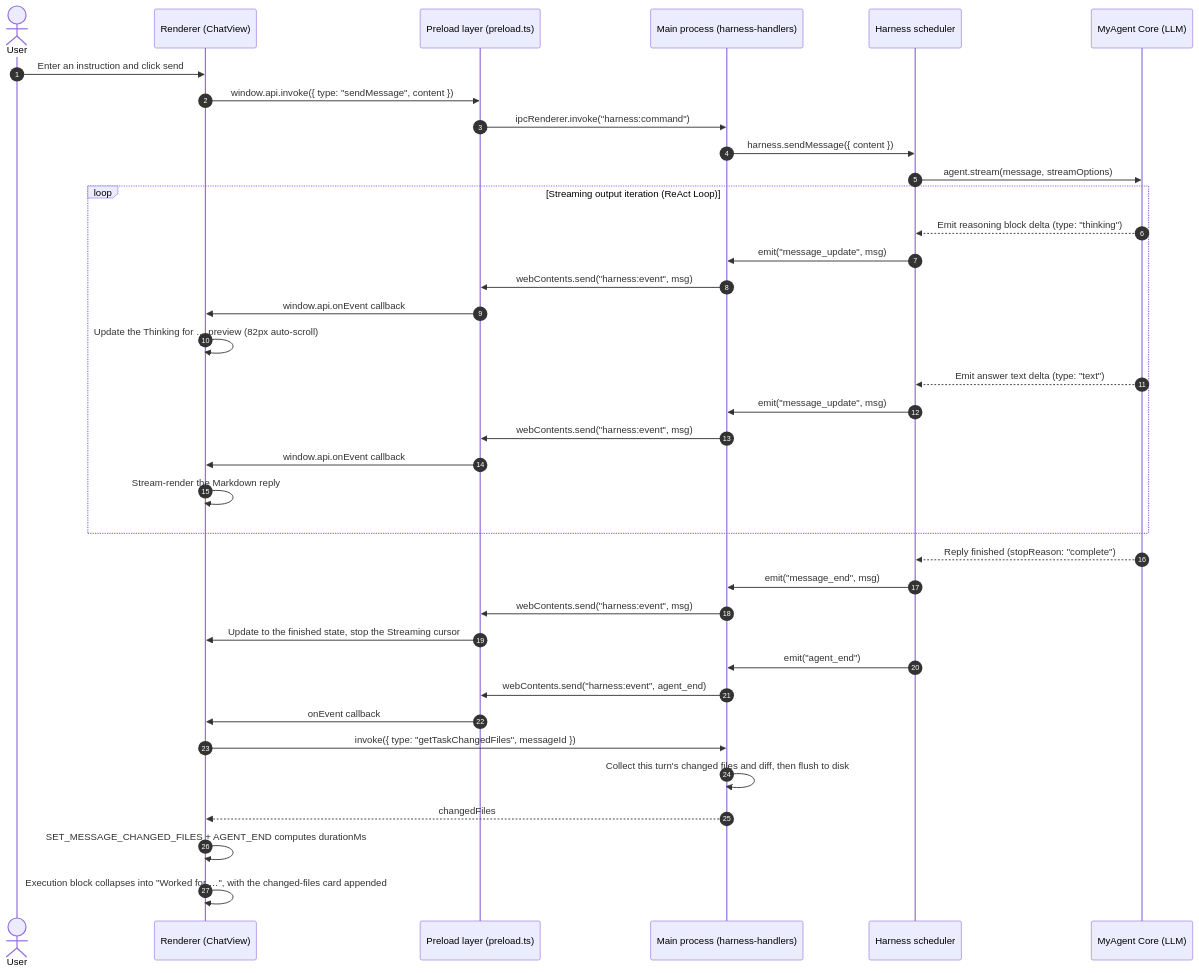
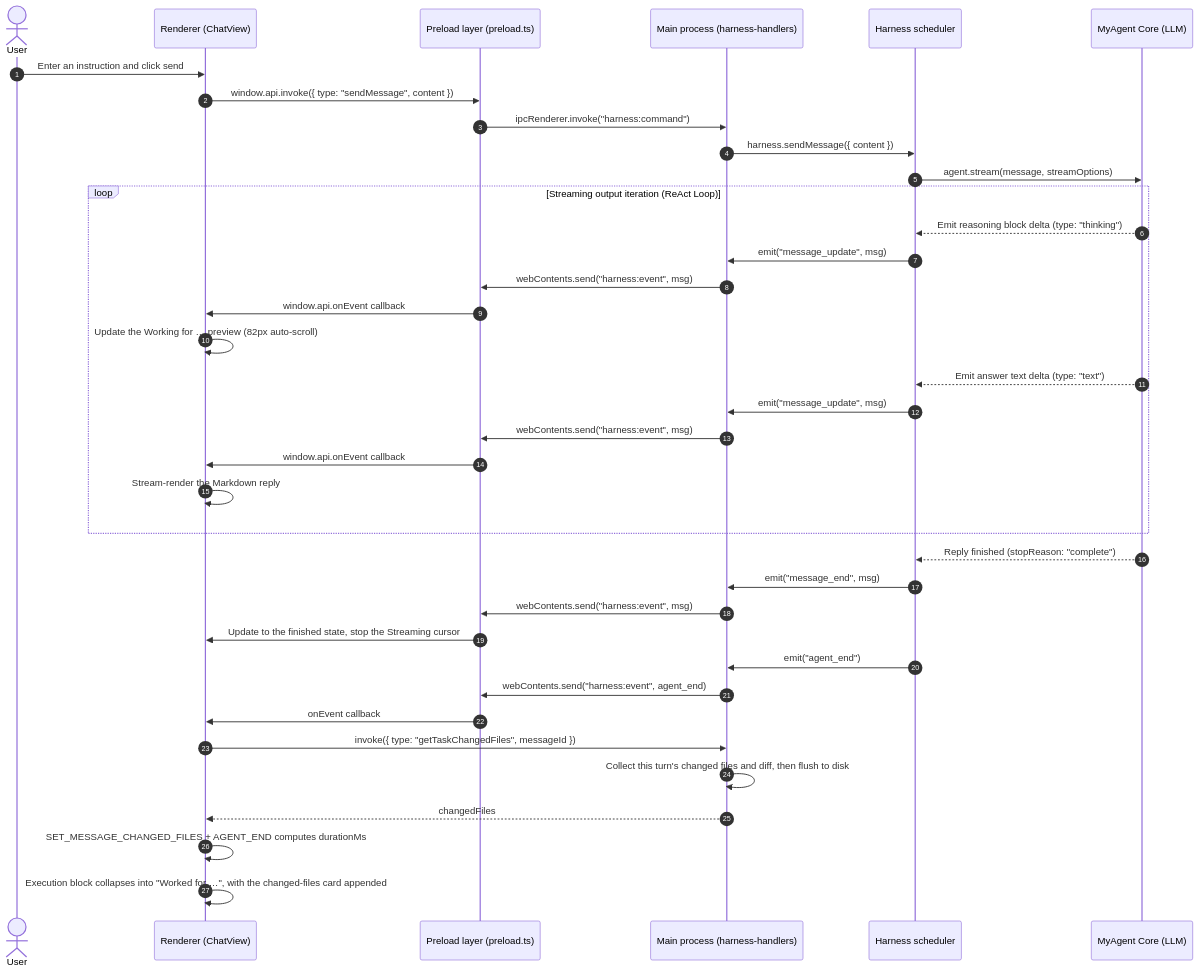
Before and after one commit to kidyfirst/my-agent: the third of 5 diagrams in README_EN.md, drawn with Mermaid. The commit also changed other lines of this file and 16 other files, not shown here.

````diff
--- a/README_EN.md
+++ b/README_EN.md
@@ -726,44 +734,44 @@
 ```mermaid
 sequenceDiagram
     autonumber
     actor User as User
     participant React as Renderer (ChatView)
     participant Preload as Preload layer (preload.ts)
     participant Main as Main process (harness-handlers)
     participant Harness as Harness scheduler
     participant Agent as MyAgent Core (LLM)
 
     User->>React: Enter an instruction and click send
     React->>Preload: window.api.invoke({ type: "sendMessage", content })
     Preload->>Main: ipcRenderer.invoke("harness:command")
     Main->>Harness: harness.sendMessage({ content })
     Harness->>Agent: agent.stream(message, streamOptions)
 
     loop Streaming output iteration (ReAct Loop)
         Agent-->>Harness: Emit reasoning block delta (type: "thinking")
         Harness->>Main: emit("message_update", msg)
         Main->>Preload: webContents.send("harness:event", msg)
         Preload->>React: window.api.onEvent callback
-        React->>React: Update the Thinking for … preview (82px auto-scroll)
+        React->>React: Update the Working for … preview (82px auto-scroll)
 
         Agent-->>Harness: Emit answer text delta (type: "text")
         Harness->>Main: emit("message_update", msg)
         Main->>Preload: webContents.send("harness:event", msg)
         Preload->>React: window.api.onEvent callback
         React->>React: Stream-render the Markdown reply
     end
 
     Agent-->>Harness: Reply finished (stopReason: "complete")
     Harness->>Main: emit("message_end", msg)
     Main->>Preload: webContents.send("harness:event", msg)
     Preload->>React: Update to the finished state, stop the Streaming cursor
 
     Harness->>Main: emit("agent_end")
     Main->>Preload: webContents.send("harness:event", agent_end)
     Preload->>React: onEvent callback
     React->>Main: invoke({ type: "getTaskChangedFiles", messageId })
     Main->>Main: Collect this turn's changed files and diff, then flush to disk
     Main-->>React: changedFiles
     React->>React: SET_MESSAGE_CHANGED_FILES + AGENT_END computes durationMs
     React->>React: Execution block collapses into "Worked for …", with the changed-files card appended
 ```
````
